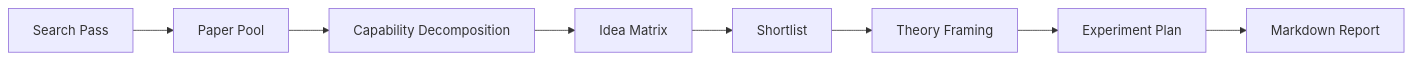
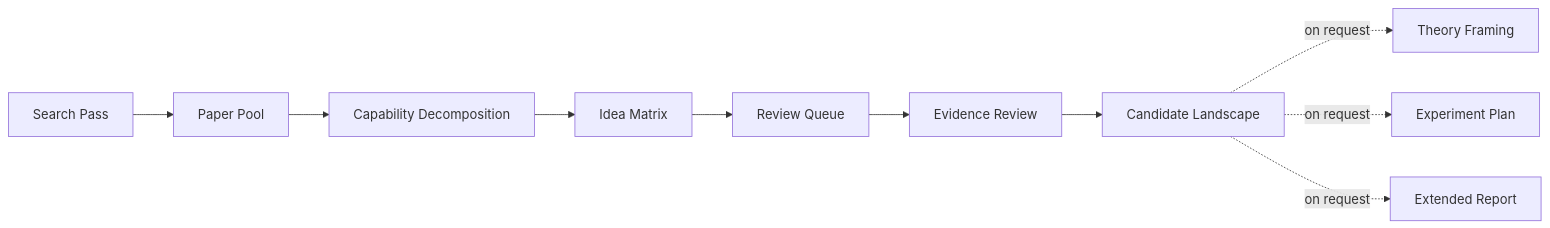
Before and after one commit to foryourhealth111-pixel/research-innovation-explorer: the diagram in README.md, drawn with Mermaid. The commit also changed other lines of this file and 12 other files, not shown here.

Commit message:
feat: add dynamic post-matrix candidate review

````diff
--- a/README.md
+++ b/README.md
@@ -74,10 +76,12 @@
 ```mermaid
 flowchart LR
     A[Search Pass] --> B[Paper Pool]
     B --> C[Capability Decomposition]
     C --> D[Idea Matrix]
-    D --> E[Shortlist]
-    E --> F[Theory Framing]
-    F --> G[Experiment Plan]
-    G --> H[Markdown Report]
+    D --> E[Review Queue]
+    E --> F[Evidence Review]
+    F --> G[Candidate Landscape]
+    G -. on request .-> H[Theory Framing]
+    G -. on request .-> I[Experiment Plan]
+    G -. on request .-> J[Extended Report]
 ```
````
